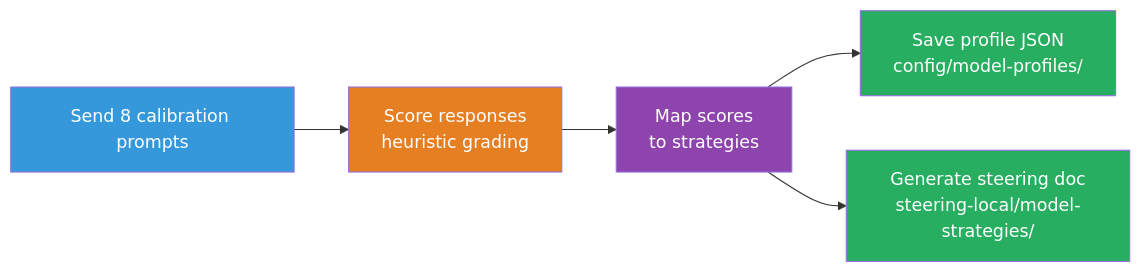
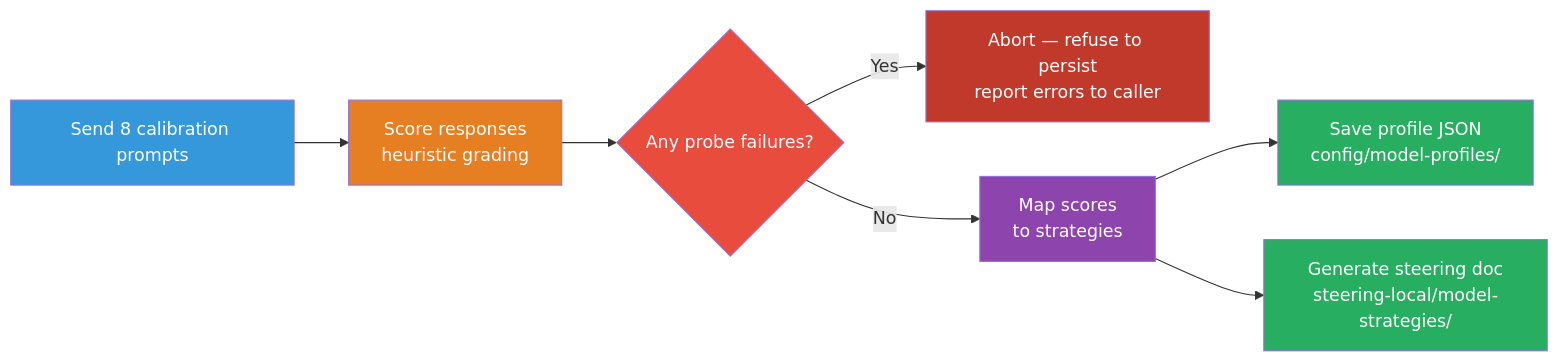
The second of 13 diagrams in custom/langgraph/README.md (rmaloneycvg/ai), drawn with Mermaid before and after one commit. The commit also changed other lines of this file, not shown here.

````diff
--- a/custom/langgraph/README.md
+++ b/custom/langgraph/README.md
@@ -148,13 +149,17 @@
 ```mermaid
 flowchart LR
     A[Send 8 calibration prompts] --> B[Score responses\nheuristic grading]
-    B --> C[Map scores\nto strategies]
-    C --> D[Save profile JSON\nconfig/model-profiles/]
-    C --> E[Generate steering doc\nsteering-local/model-strategies/]
+    B --> C{Any probe failures?}
+    C -->|Yes| FAIL[Abort — refuse to persist\nreport errors to caller]
+    C -->|No| D[Map scores\nto strategies]
+    D --> E[Save profile JSON\nconfig/model-profiles/]
+    D --> F[Generate steering doc\nsteering-local/model-strategies/]
 
     style A fill:#3498db,color:#fff
     style B fill:#e67e22,color:#fff
-    style C fill:#8e44ad,color:#fff
-    style D fill:#27ae60,color:#fff
+    style C fill:#e74c3c,color:#fff
+    style FAIL fill:#c0392b,color:#fff
+    style D fill:#8e44ad,color:#fff
     style E fill:#27ae60,color:#fff
+    style F fill:#27ae60,color:#fff
 ```
````
